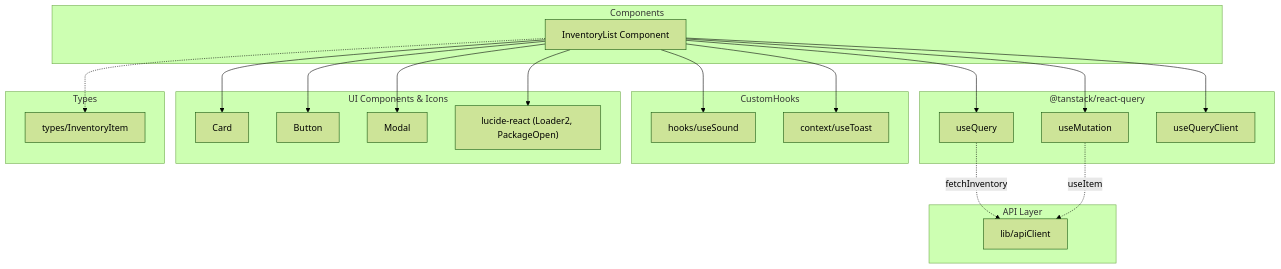
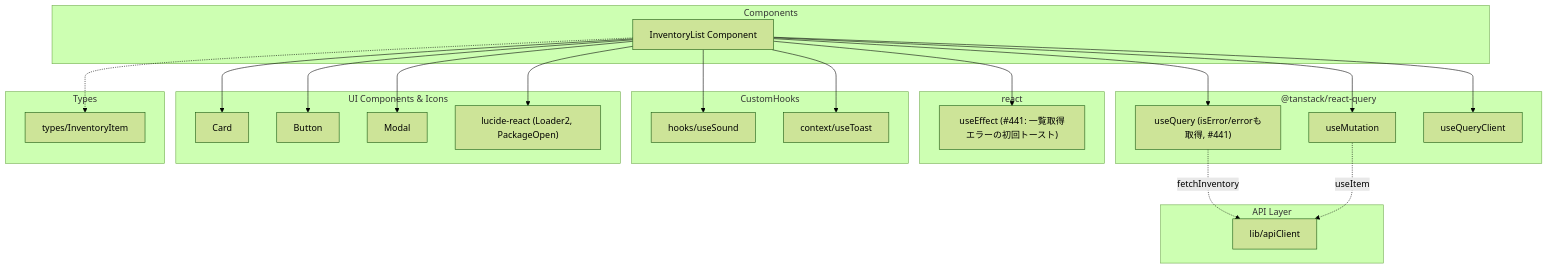
The second of 2 diagrams in docs/specifications/family-quest/src/features/shop/components/InventoryList.md (mmtigers/my_python_project), drawn with Mermaid (forest theme) before and after one commit. The commit also changed other lines of this file and 87 other files, not shown here.

````diff
--- a/docs/specifications/family-quest/src/features/shop/components/InventoryList.md
+++ b/docs/specifications/family-quest/src/features/shop/components/InventoryList.md
@@ -152,47 +164,52 @@
 ```mermaid
 graph TD
     subgraph Components
         InventoryList["InventoryList Component"]
     end
 
     subgraph ReactQuery ["@tanstack/react-query"]
-        useQueryHook["useQuery"]
+        useQueryHook["useQuery (isError/errorも取得, #441)"]
         useMutationHook["useMutation"]
         useQueryClientHook["useQueryClient"]
+    end
+
+    subgraph ReactCore ["react"]
+        useEffectHook["useEffect (#441: 一覧取得エラーの初回トースト)"]
     end
 
     subgraph CustomHooks
         useSoundHook["hooks/useSound"]
         useToastHook["context/useToast"]
     end
 
     subgraph UI ["UI Components & Icons"]
         Card["Card"]
         Button["Button"]
         Modal["Modal"]
         Lucide["lucide-react (Loader2, PackageOpen)"]
     end
 
     subgraph ExternalAPI ["API Layer"]
         apiClient["lib/apiClient"]
     end
 
     subgraph Types
         InventoryItem["types/InventoryItem"]
     end
 
     InventoryList --> useQueryHook
     InventoryList --> useMutationHook
     InventoryList --> useQueryClientHook
+    InventoryList --> useEffectHook
     InventoryList --> useSoundHook
     InventoryList --> useToastHook
     InventoryList --> Card
     InventoryList --> Button
     InventoryList --> Modal
     InventoryList --> Lucide
     InventoryList -.-> InventoryItem
 
     useQueryHook -.->|fetchInventory| apiClient
     useMutationHook -.->|useItem| apiClient
 
 ```
````
